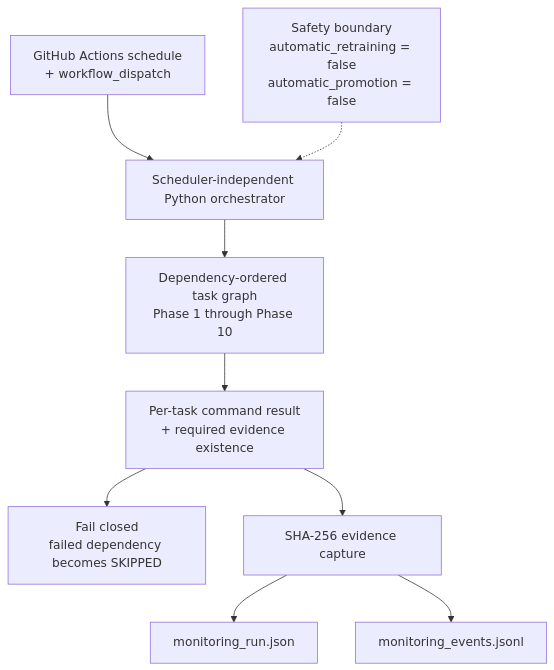
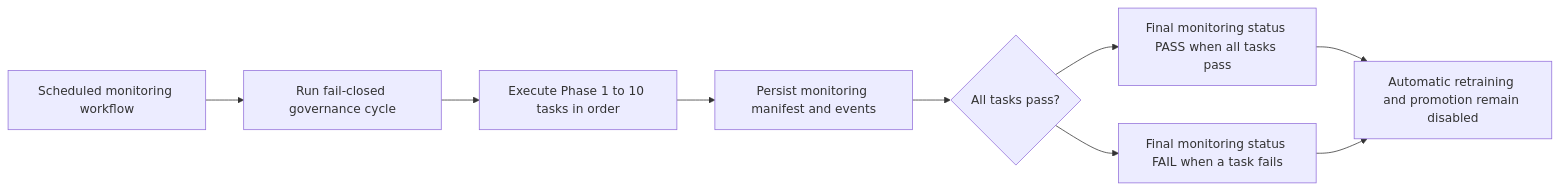
One commit to Parmodk2310/CreditScorev4-ML-Governance changed the diagram in docs/assets/diagrams/phase11-orchestration.mmd. Above: the diagram before and after it, drawn with Mermaid. The commit also changed 50 other files, not shown here.

Commit message:
docs: integrate complete Phase 1-13 architecture

```diff
--- a/docs/assets/diagrams/phase11-orchestration.mmd
+++ b/docs/assets/diagrams/phase11-orchestration.mmd
@@ -1,9 +1,9 @@
-flowchart TB
-  A["GitHub Actions schedule<br/>+ workflow_dispatch"] --> B["Scheduler-independent Python orchestrator"]
-  B --> C["Dependency-ordered task graph<br/>Phase 1 through Phase 10"]
-  C --> D["Per-task command result<br/>+ required evidence existence"]
-  D --> E["Fail closed<br/>failed dependency becomes SKIPPED"]
-  D --> F["SHA-256 evidence capture"]
-  F --> G["monitoring_run.json"]
-  F --> H["monitoring_events.jsonl"]
-  I["Safety boundary<br/>automatic_retraining = false<br/>automatic_promotion = false"] -.-> B
+flowchart LR
+    A["Scheduled monitoring workflow"] --> B["Run fail-closed governance cycle"]
+    B --> C["Execute Phase 1 to 10 tasks in order"]
+    C --> D["Persist monitoring manifest and events"]
+    D --> E{"All tasks pass?"}
+    E --> F["Final monitoring status PASS when all tasks pass"]
+    E --> G["Final monitoring status FAIL when a task fails"]
+    F --> H["Automatic retraining and promotion remain disabled"]
+    G --> H
```
